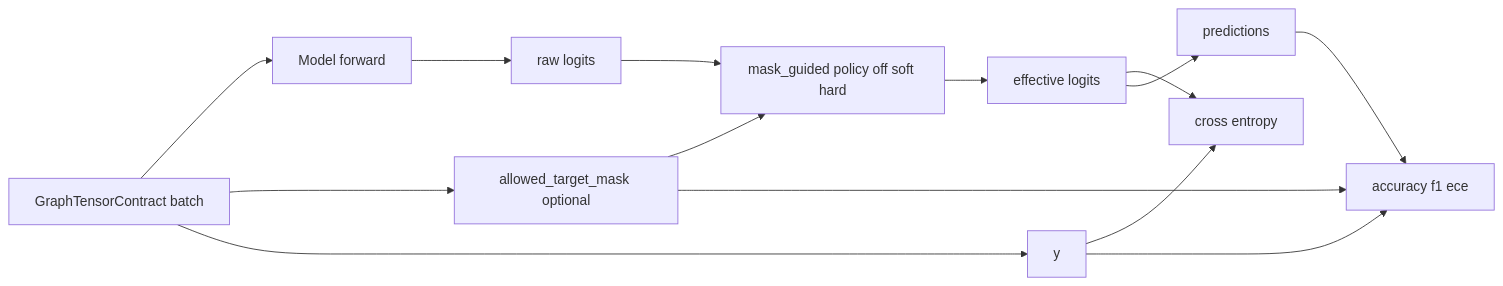
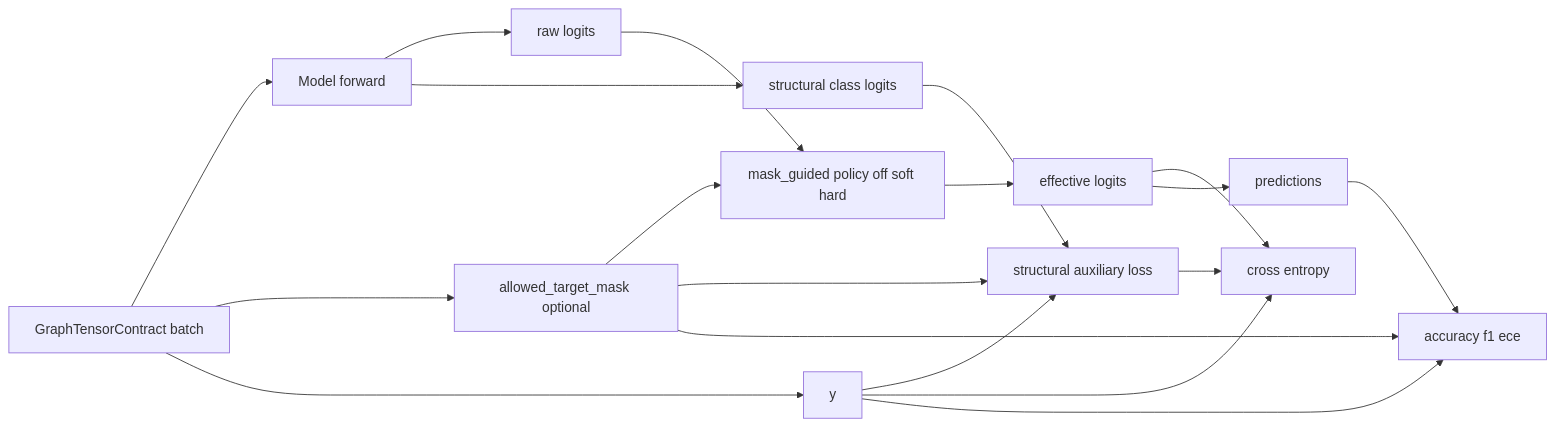
Before and after one commit to ghsrg/bpm_prediction: the ninth of 9 diagrams in docs/GNN_RUNTIME_MVP2_5.MD, drawn with Mermaid. The commit also changed other lines of this file and 14 other files, not shown here.

````diff
--- a/docs/GNN_RUNTIME_MVP2_5.MD
+++ b/docs/GNN_RUNTIME_MVP2_5.MD
@@ -285,16 +304,21 @@
 ```mermaid
 flowchart LR
     CONTRACT[GraphTensorContract batch] --> MODEL[Model forward]
     MODEL --> LOGITS_RAW[raw logits]
+    MODEL --> STRUCT_LOGITS[structural class logits]
     CONTRACT --> MASK[allowed_target_mask optional]
     MASK --> POLICY[mask_guided policy off soft hard]
     LOGITS_RAW --> POLICY
     POLICY --> LOGITS_EFF[effective logits]
     CONTRACT --> Y[y]
     LOGITS_EFF --> LOSS[cross entropy]
+    STRUCT_LOGITS --> AUX[structural auxiliary loss]
+    MASK --> AUX
+    Y --> AUX
+    AUX --> LOSS
     Y --> LOSS
     LOGITS_EFF --> PRED[predictions]
     PRED --> METRICS[accuracy f1 ece]
     MASK --> METRICS
     Y --> METRICS
 ```
````
